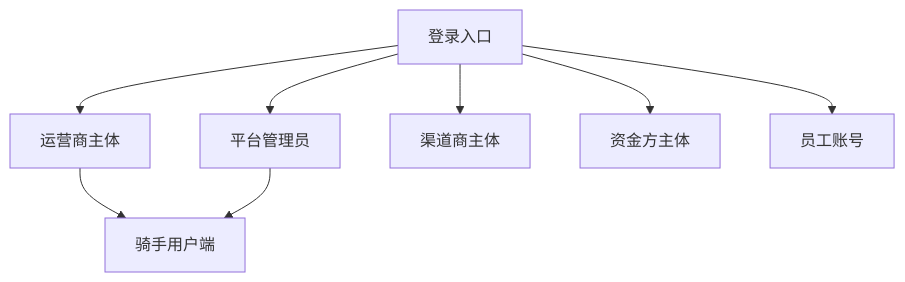
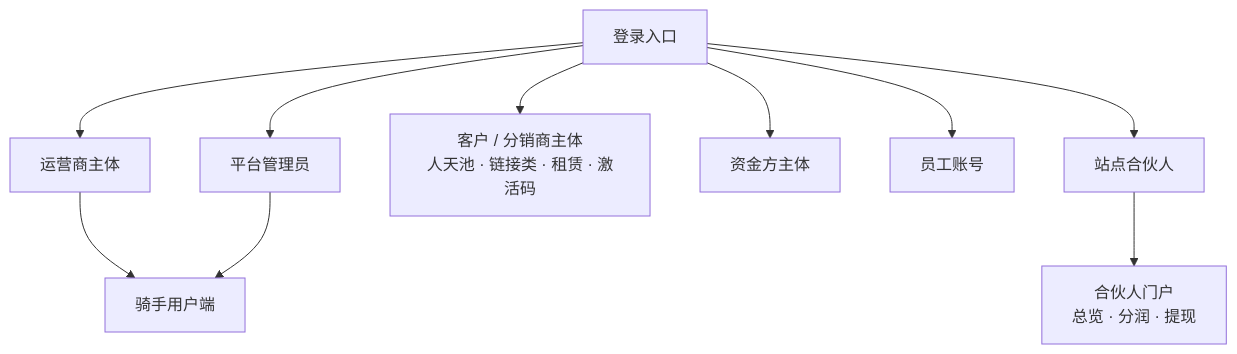
One commit to liudali/rider-swap-operator-prototype changed the fifth of 6 diagrams in docs/documentation/md/业务整体预览图.md. Above: the diagram before and after it, drawn with Mermaid. The commit also changed other lines of this file and 4 other files, not shown here.

Commit message:
文档：业务整体预览图补全角色与路径

````diff
--- a/docs/documentation/md/业务整体预览图.md
+++ b/docs/documentation/md/业务整体预览图.md
@@ -279,11 +311,13 @@
 ```mermaid
 flowchart TB
   Login[登录入口]
   Login --> AdminM[平台管理员]
   Login --> OPM[运营商主体]
-  Login --> CHM[渠道商主体]
+  Login --> CHM["客户 / 分销商主体<br/>人天池 · 链接类 · 租赁 · 激活码"]
   Login --> LM[资金方主体]
   Login --> Emp[员工账号]
+  Login --> PartnerM[站点合伙人]
   OPM --> Mobile[骑手用户端]
   AdminM --> Mobile
+  PartnerM --> PartnerPortal[合伙人门户<br/>总览 · 分润 · 提现]
 ```
````
